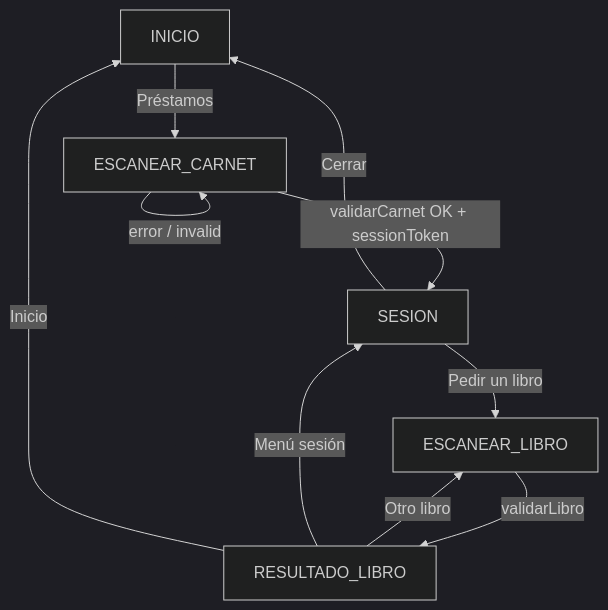
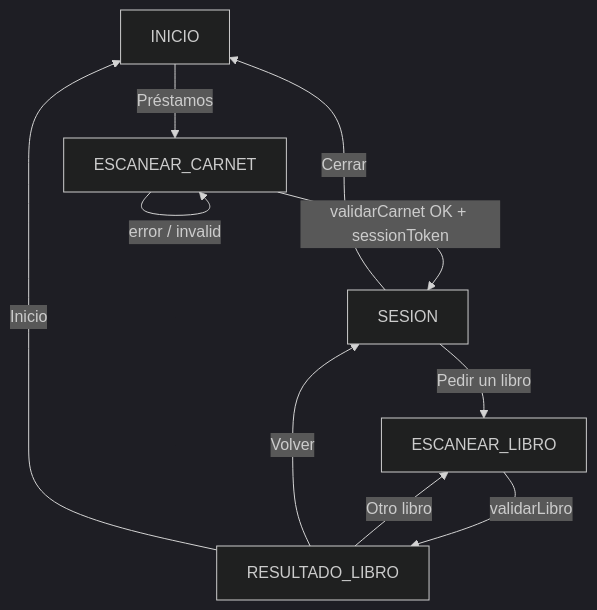
The diagram in DOCUMENTACION.md (Courtney767/Sistema-de-autoprestamo), drawn with Mermaid (dark theme) before and after one commit. The commit also changed other lines of this file and 17 other files, not shown here.

````diff
--- a/DOCUMENTACION.md
+++ b/DOCUMENTACION.md
@@ -203,12 +250,12 @@
 ```mermaid
 flowchart TD
   A[INICIO] -->|Préstamos| B[ESCANEAR_CARNET]
   B -->|validarCarnet OK + sessionToken| C[SESION]
   B -->|error / invalid| B
   C -->|Pedir un libro| D[ESCANEAR_LIBRO]
   D -->|validarLibro| E[RESULTADO_LIBRO]
   E -->|Otro libro| D
-  E -->|Menú sesión| C
+  E -->|Volver| C
   C -->|Cerrar| A
   E -->|Inicio| A
 ```
````
